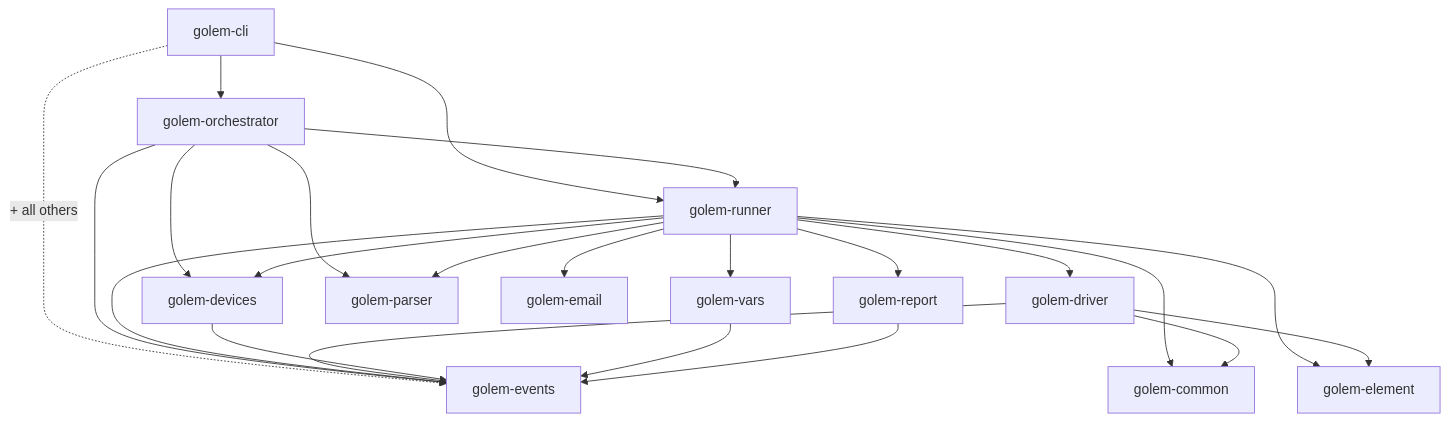
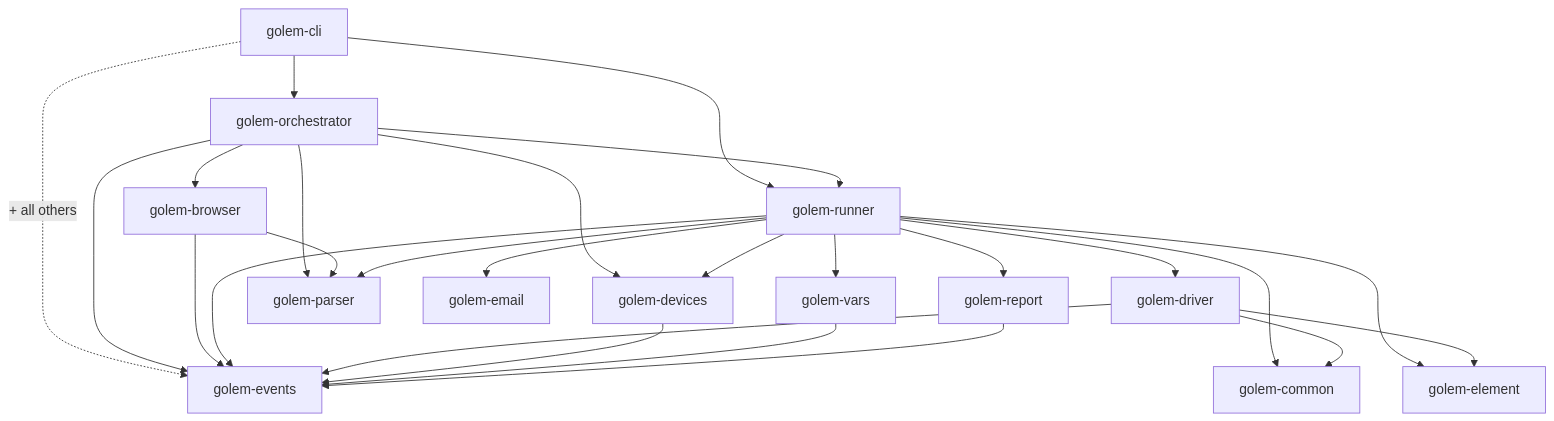
Before and after one commit to golem-fail/golem: the first of 4 diagrams in docs/architecture.md, drawn with Mermaid. The commit also changed other lines of this file and 13 other files, not shown here.

First line of the commit message:
feat(browser): scaffold golem-browser crate and suite preflight (#150)

````diff
--- a/docs/architecture.md
+++ b/docs/architecture.md
@@ -28,42 +29,47 @@
 ```mermaid
 flowchart TD
     cli[golem-cli]
     orch[golem-orchestrator]
     runner[golem-runner]
     driver[golem-driver]
     devices[golem-devices]
     vars[golem-vars]
     report[golem-report]
     parser[golem-parser]
     element[golem-element]
     email[golem-email]
+    browser[golem-browser]
     events[golem-events]
     common[golem-common]
 
     cli --> orch
     cli --> runner
     cli -.->|+ all others| events
 
     orch --> runner
     orch --> parser
     orch --> devices
     orch --> events
+    orch --> browser
+
+    browser --> parser
+    browser --> events
 
     runner --> parser
     runner --> driver
     runner --> element
     runner --> vars
     runner --> devices
     runner --> report
     runner --> email
     runner --> events
     runner --> common
 
     driver --> element
     driver --> common
     driver --> events
 
     devices --> events
     vars --> events
     report --> events
 ```
````
